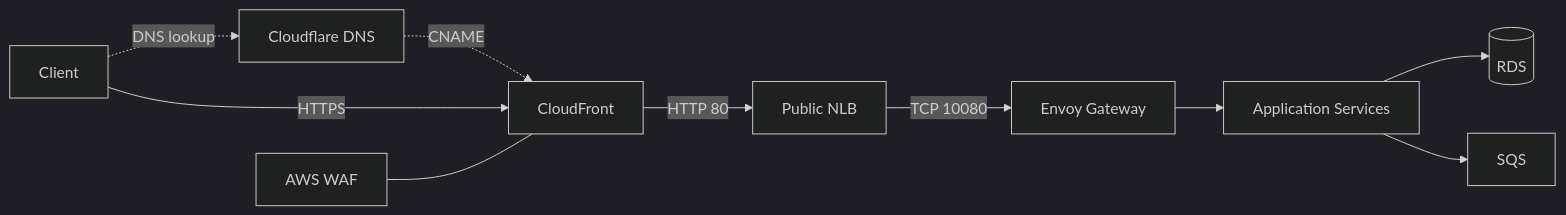
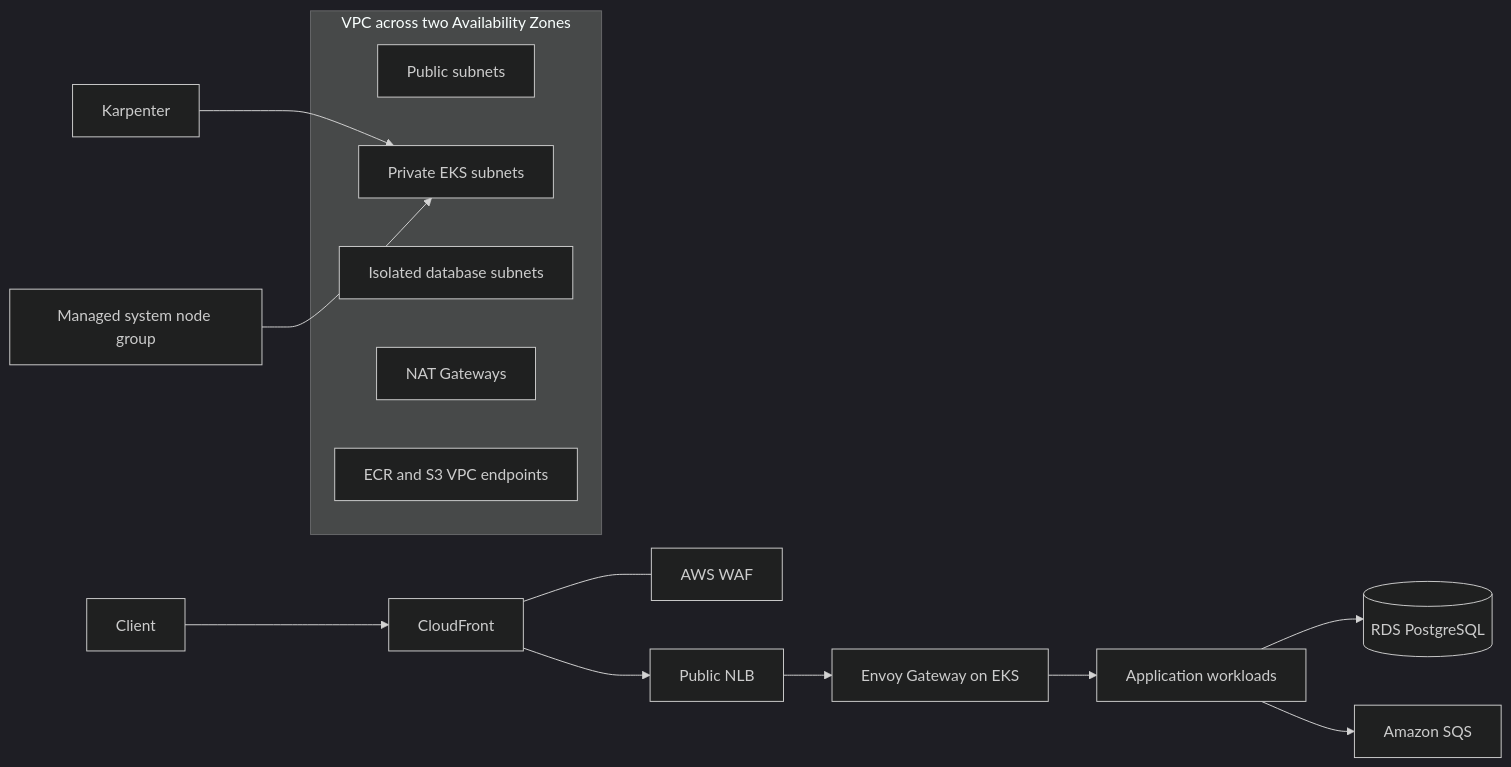
The diagram in README.md (nguyentin05/nexus-infra), drawn with Mermaid (dark theme) before and after one commit. The commit also changed other lines of this file and 14 other files, not shown here.

````diff
--- a/README.md
+++ b/README.md
@@ -19,22 +14,21 @@
 ```mermaid
 flowchart LR
-    client[Client]
-    dns[Cloudflare DNS]
-    edge[CloudFront]
-    waf[AWS WAF]
-    nlb[Public NLB]
-    envoy[Envoy Gateway]
-    apps[Application Services]
-    rds[(RDS)]
-    sqs[SQS]
+    client[Client] --> cf[CloudFront]
+    cf --- waf[AWS WAF]
+    cf --> nlb[Public NLB]
+    nlb --> envoy[Envoy Gateway on EKS]
+    envoy --> apps[Application workloads]
+    apps --> rds[(RDS PostgreSQL)]
+    apps --> sqs[Amazon SQS]
 
-    client -. DNS lookup .-> dns
-    dns -. CNAME .-> edge
-    client -- HTTPS --> edge
-    waf --- edge
-    edge -- HTTP 80 --> nlb
-    nlb -- TCP 10080 --> envoy
-    envoy --> apps
-    apps --> rds
-    apps --> sqs
+    subgraph vpc[VPC across two Availability Zones]
+      public[Public subnets]
+      private[Private EKS subnets]
+      database[Isolated database subnets]
+      nat[NAT Gateways]
+      endpoints[ECR and S3 VPC endpoints]
+    end
+
+    karpenter[Karpenter] --> private
+    system[Managed system node group] --> private
 ```
````
